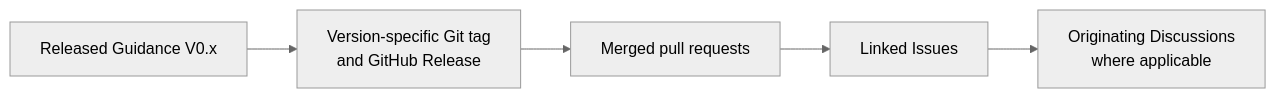
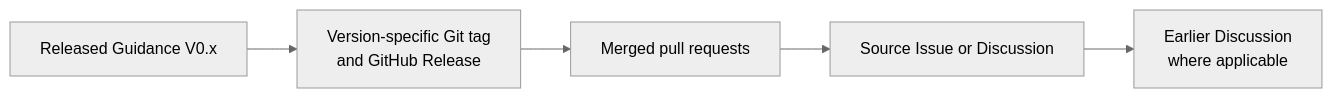
The second of 4 diagrams in GOVERNANCE.md (jvieille/ekr), drawn with Mermaid (neutral theme) before and after one commit. The commit also changed other lines of this file, not shown here.

````diff
--- a/GOVERNANCE.md
+++ b/GOVERNANCE.md
@@ -122,7 +141,7 @@
 ```mermaid
 flowchart LR
     R[Released Guidance V0.x] --> T["Version-specific Git tag<br/>and GitHub Release"]
     T --> P[Merged pull requests]
-    P --> I[Linked Issues]
-    I --> D["Originating Discussions<br/>where applicable"]
+    P --> S["Source Issue or Discussion"]
+    S --> D["Earlier Discussion<br/>where applicable"]
 ```
````
